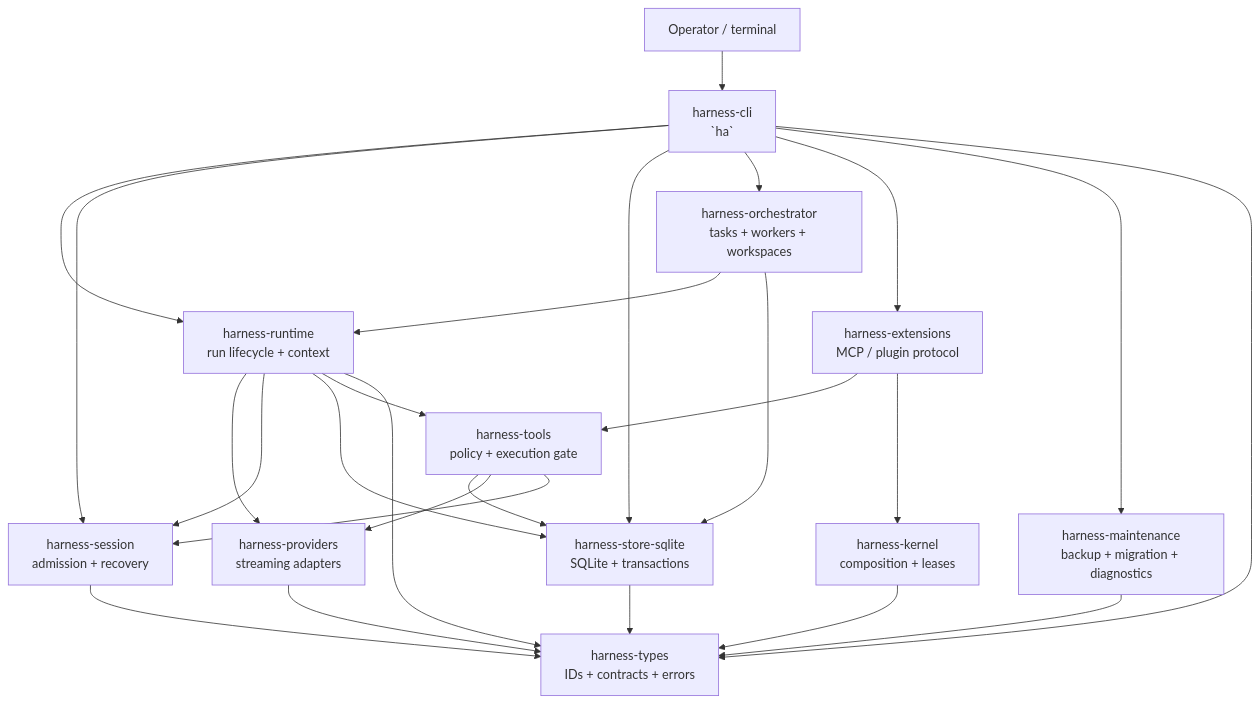
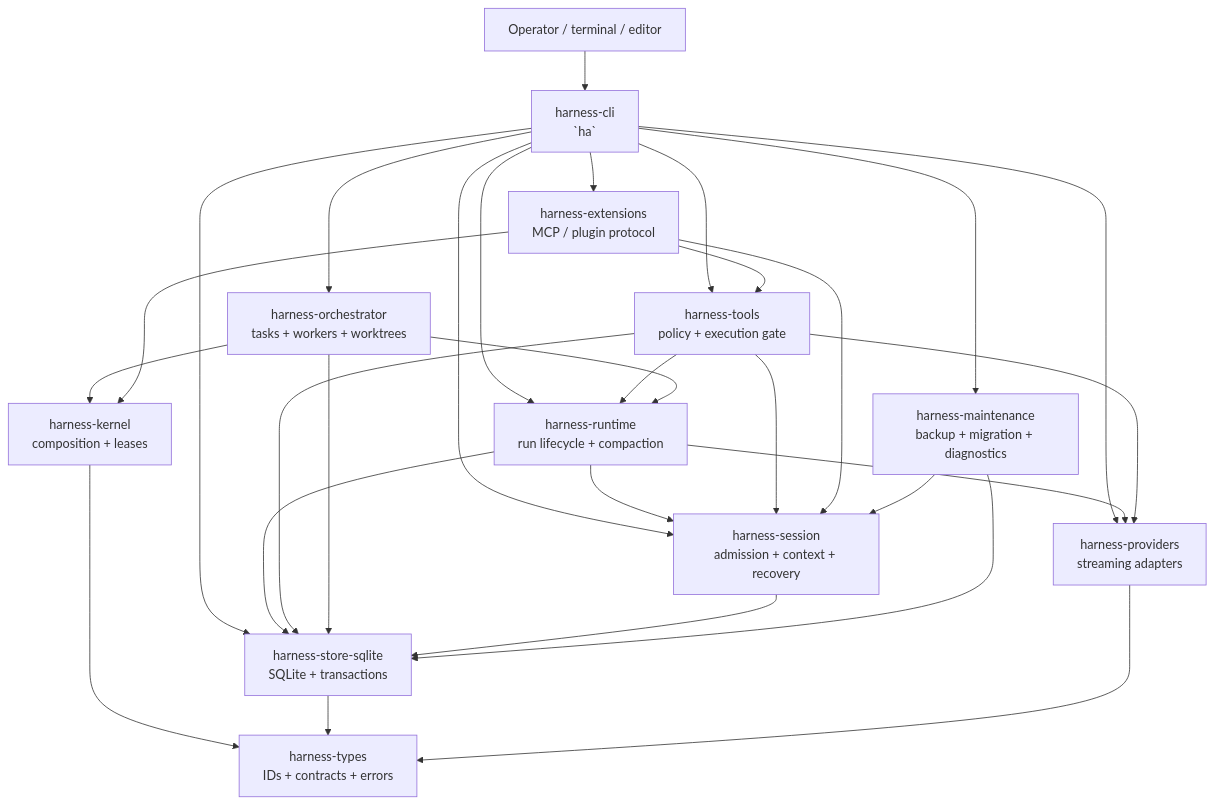
Before and after one commit to DEVfancybear/harness-agents: the diagram in docs/ARCHITECTURE_OVERVIEW.en.md, drawn with Mermaid. The commit also changed other lines of this file and 47 other files, not shown here.

````diff
--- a/docs/ARCHITECTURE_OVERVIEW.en.md
+++ b/docs/ARCHITECTURE_OVERVIEW.en.md
@@ -28,28 +28,31 @@
 ```mermaid
 flowchart TD
-    User[Operator / terminal] --> CLI[harness-cli\n`ha`]
-    CLI --> Runtime[harness-runtime\nrun lifecycle + context]
-    CLI --> Session[harness-session\nadmission + recovery]
+    User[Operator / terminal / editor] --> CLI[harness-cli\n`ha`]
+    CLI --> Runtime[harness-runtime\nrun lifecycle + compaction]
+    CLI --> Session[harness-session\nadmission + context + recovery]
     CLI --> Store[harness-store-sqlite\nSQLite + transactions]
-    Runtime --> Providers[harness-providers\nstreaming adapters]
+    CLI --> Tools[harness-tools\npolicy + execution gate]
+    CLI --> Orchestrator[harness-orchestrator\ntasks + workers + worktrees]
+    CLI --> Extensions[harness-extensions\nMCP / plugin protocol]
+    CLI --> Maintenance[harness-maintenance\nbackup + migration + diagnostics]
+    CLI --> Providers[harness-providers\nstreaming adapters]
+    Runtime --> Providers
     Runtime --> Session
     Runtime --> Store
-    Runtime --> Tools[harness-tools\npolicy + execution gate]
-    CLI --> Orchestrator[harness-orchestrator\ntasks + workers + workspaces]
-    CLI --> Extensions[harness-extensions\nMCP / plugin protocol]
-    CLI --> Maintenance[harness-maintenance\nbackup + migration + diagnostics]
-    Tools --> Store
+    Tools --> Runtime
     Tools --> Providers
     Tools --> Session
+    Tools --> Store
     Orchestrator --> Runtime
     Orchestrator --> Store
+    Orchestrator --> Kernel
     Extensions --> Tools
+    Extensions --> Session
     Extensions --> Kernel[harness-kernel\ncomposition + leases]
+    Session --> Store
+    Maintenance --> Store
+    Maintenance --> Session
     Kernel --> Types[harness-types\nIDs + contracts + errors]
     Store --> Types
-    Session --> Types
-    Runtime --> Types
     Providers --> Types
-    Maintenance --> Types
-    CLI --> Types
 ```
````
